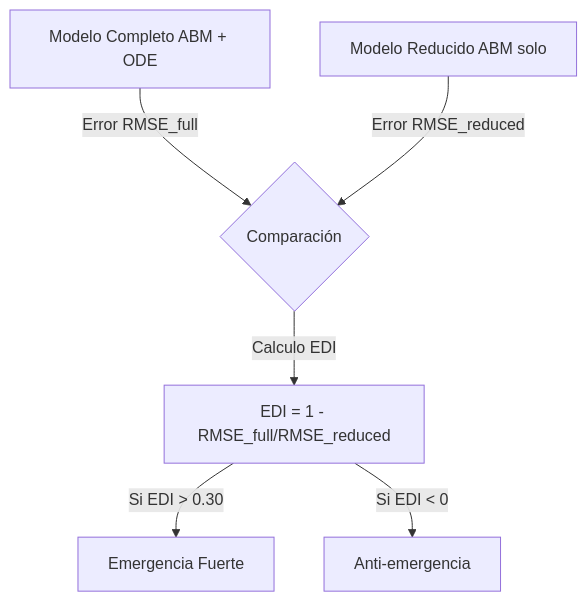
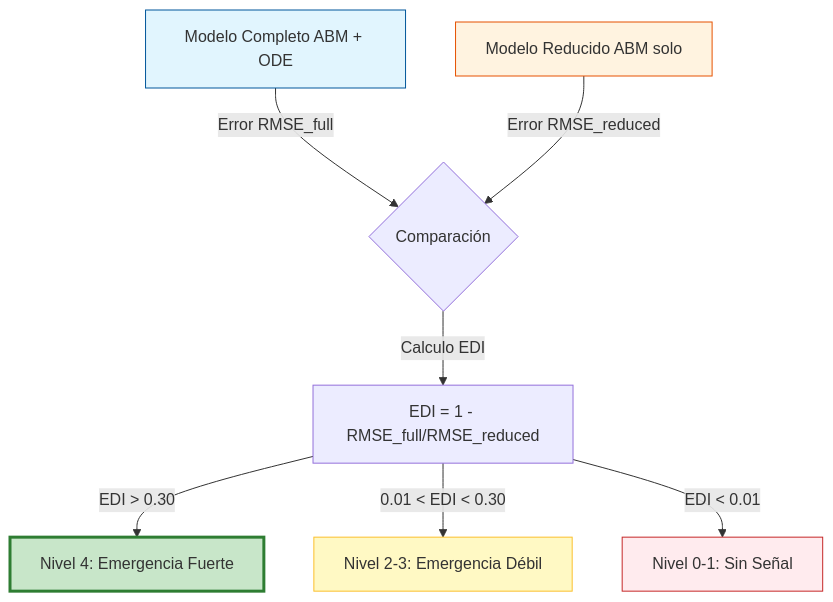
One commit to stevenvo780/TesisJacobContenidos changed the second of 4 diagrams in TesisDesarrollo/00_Marco_Conceptual/00_00_Marco_Conceptual.md. Above: the diagram before and after it, drawn with Mermaid. The commit also changed other lines of this file and 4 other files, not shown here.

````diff
--- a/TesisDesarrollo/00_Marco_Conceptual/00_00_Marco_Conceptual.md
+++ b/TesisDesarrollo/00_Marco_Conceptual/00_00_Marco_Conceptual.md
@@ -78,8 +80,16 @@
 ```mermaid
 flowchart TD
     A[Modelo Completo ABM + ODE] -->|Error RMSE_full| C{Comparación}
     B[Modelo Reducido ABM solo] -->|Error RMSE_reduced| C
     C -->|Calculo EDI| D[EDI = 1 - RMSE_full/RMSE_reduced]
-    D -->|Si EDI > 0.30| E[Emergencia Fuerte]
-    D -->|Si EDI < 0| F[Anti-emergencia]
+    
+    D -->|EDI > 0.30| E[Nivel 4: Emergencia Fuerte]
+    D -->|0.01 < EDI < 0.30| G[Nivel 2-3: Emergencia Débil]
+    D -->|EDI < 0.01| F[Nivel 0-1: Sin Señal]
+    
+    style A fill:#e1f5fe,stroke:#01579b
+    style B fill:#fff3e0,stroke:#e65100
+    style E fill:#c8e6c9,stroke:#2e7d32,stroke-width:3px
+    style G fill:#fff9c4,stroke:#fbc02d
+    style F fill:#ffebee,stroke:#c62828
 ```
````
